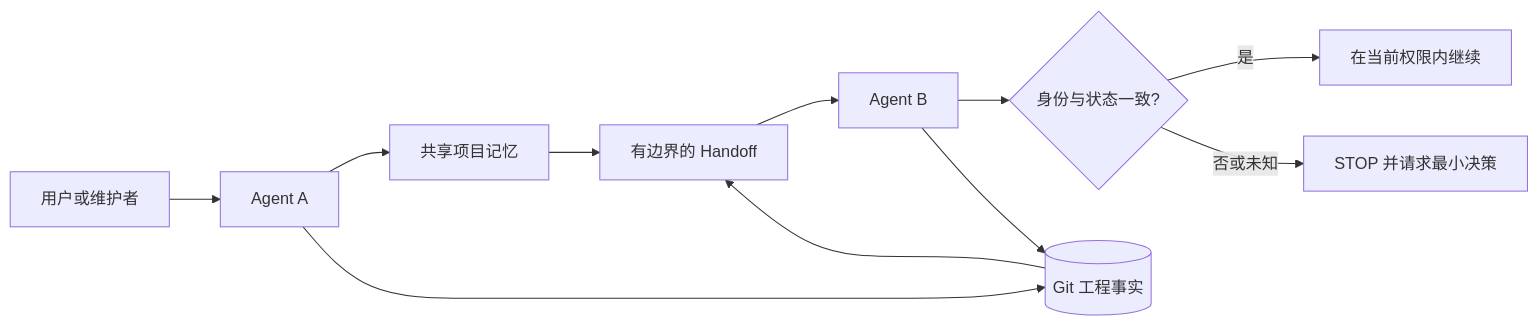
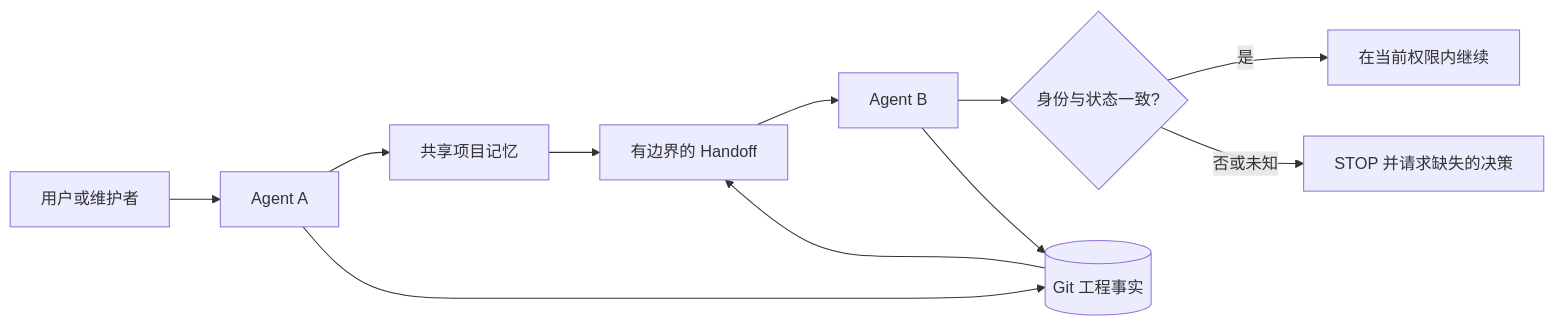
The diagram in README.zh-CN.md (KanG-ciyuan/kang-agent-collab), drawn with Mermaid before and after one commit. The commit also changed other lines of this file and 1 other file, not shown here.

````diff
--- a/README.zh-CN.md
+++ b/README.zh-CN.md
@@ -31,13 +42,13 @@
 ```mermaid
 flowchart LR
     U[用户或维护者] --> A[Agent A]
     A --> M[共享项目记忆]
     A --> G[(Git 工程事实)]
     M --> H[有边界的 Handoff]
     G --> H
     H --> B[Agent B]
     B --> I{身份与状态一致?}
     I -- 是 --> W[在当前权限内继续]
-    I -- 否或未知 --> S[STOP 并请求最小决策]
+    I -- 否或未知 --> S[STOP 并请求缺失的决策]
     B --> G
 ```
````
